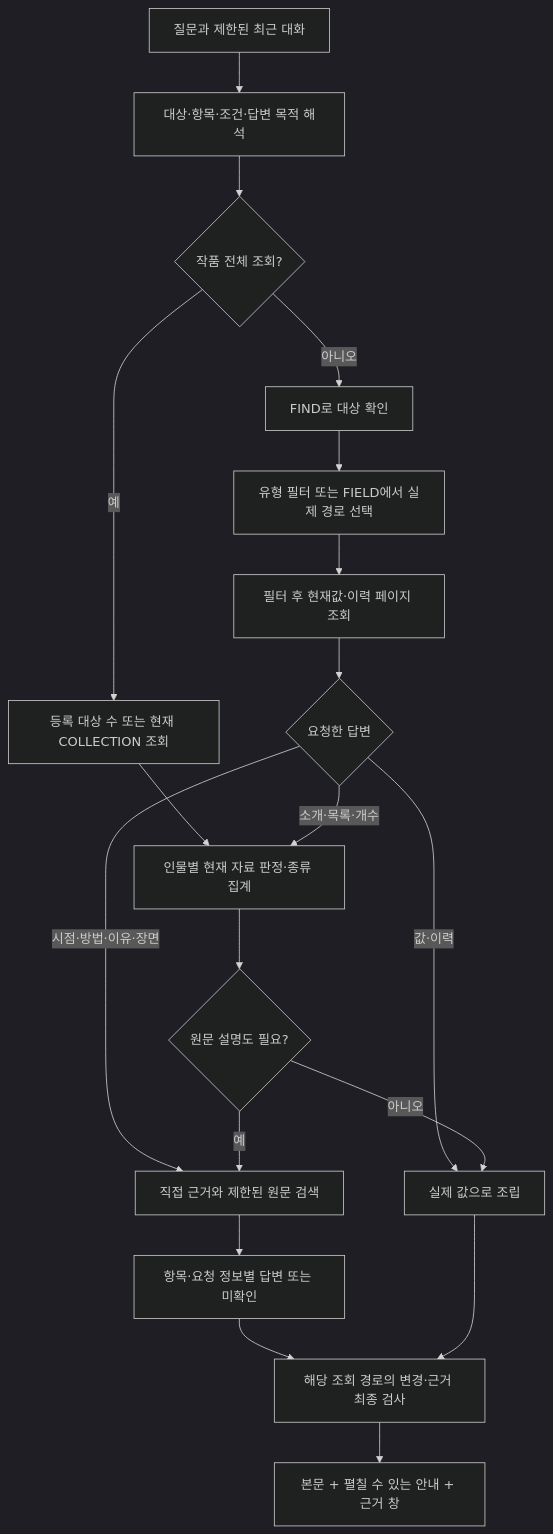
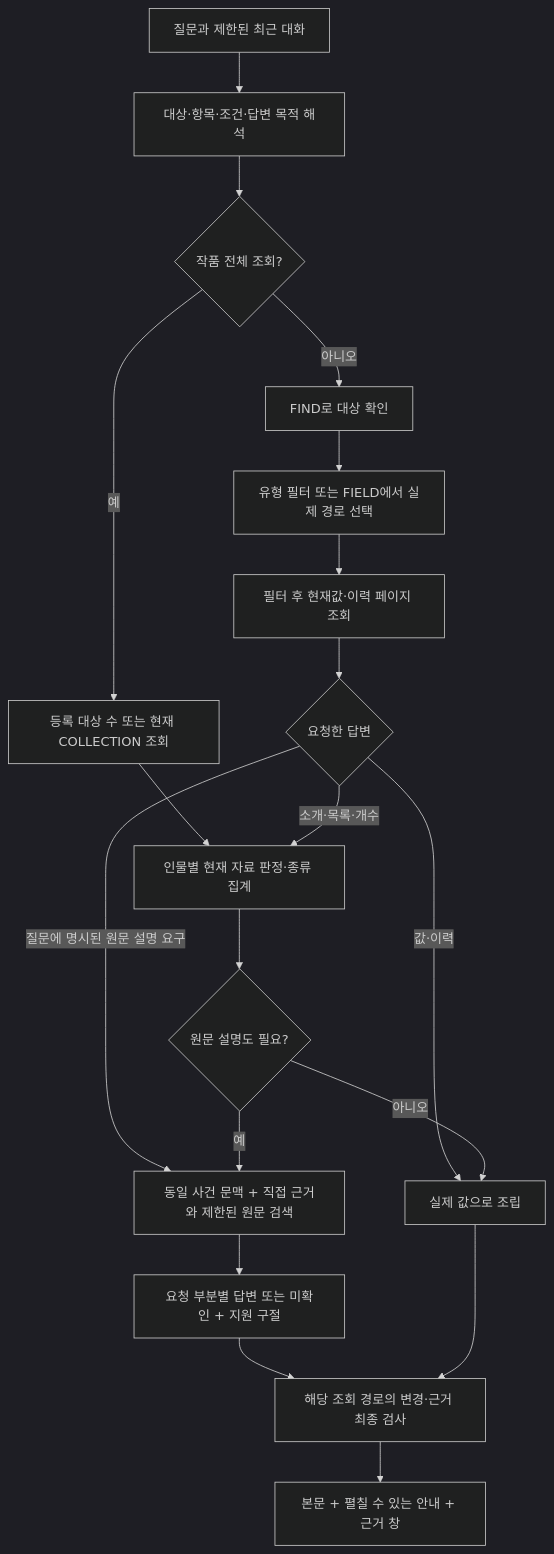
One commit to catchhole-soma/catchhole-backend-ai changed the diagram in docs/chat-query-quality-v1.md. Above: the diagram before and after it, drawn with Mermaid (dark theme). The commit also changed other lines of this file and 7 other files, not shown here.

````diff
--- a/docs/chat-query-quality-v1.md
+++ b/docs/chat-query-quality-v1.md
@@ -11,21 +11,21 @@
 ```mermaid
 flowchart TD
     Q[질문과 제한된 최근 대화] --> P[대상·항목·조건·답변 목적 해석]
     P --> W{작품 전체 조회?}
     W -->|예| C[등록 대상 수 또는 현재 COLLECTION 조회]
     W -->|아니오| N[FIND로 대상 확인]
     N --> F[유형 필터 또는 FIELD에서 실제 경로 선택]
     F --> R[필터 후 현재값·이력 페이지 조회]
     C --> J[인물별 현재 자료 판정·종류 집계]
     R --> S{요청한 답변}
     S -->|값·이력| V[실제 값으로 조립]
     S -->|소개·목록·개수| J
-    S -->|시점·방법·이유·장면| E[직접 근거와 제한된 원문 검색]
+    S -->|질문에 명시된 원문 설명 요구| E[동일 사건 문맥 + 직접 근거와 제한된 원문 검색]
     J --> B{원문 설명도 필요?}
     B -->|아니오| V
     B -->|예| E
-    E --> A[항목·요청 정보별 답변 또는 미확인]
+    E --> A[요청 부분별 답변 또는 미확인 + 지원 구절]
     A --> G[해당 조회 경로의 변경·근거 최종 검사]
     V --> G
     G --> UI[본문 + 펼칠 수 있는 안내 + 근거 창]
 ```
````
